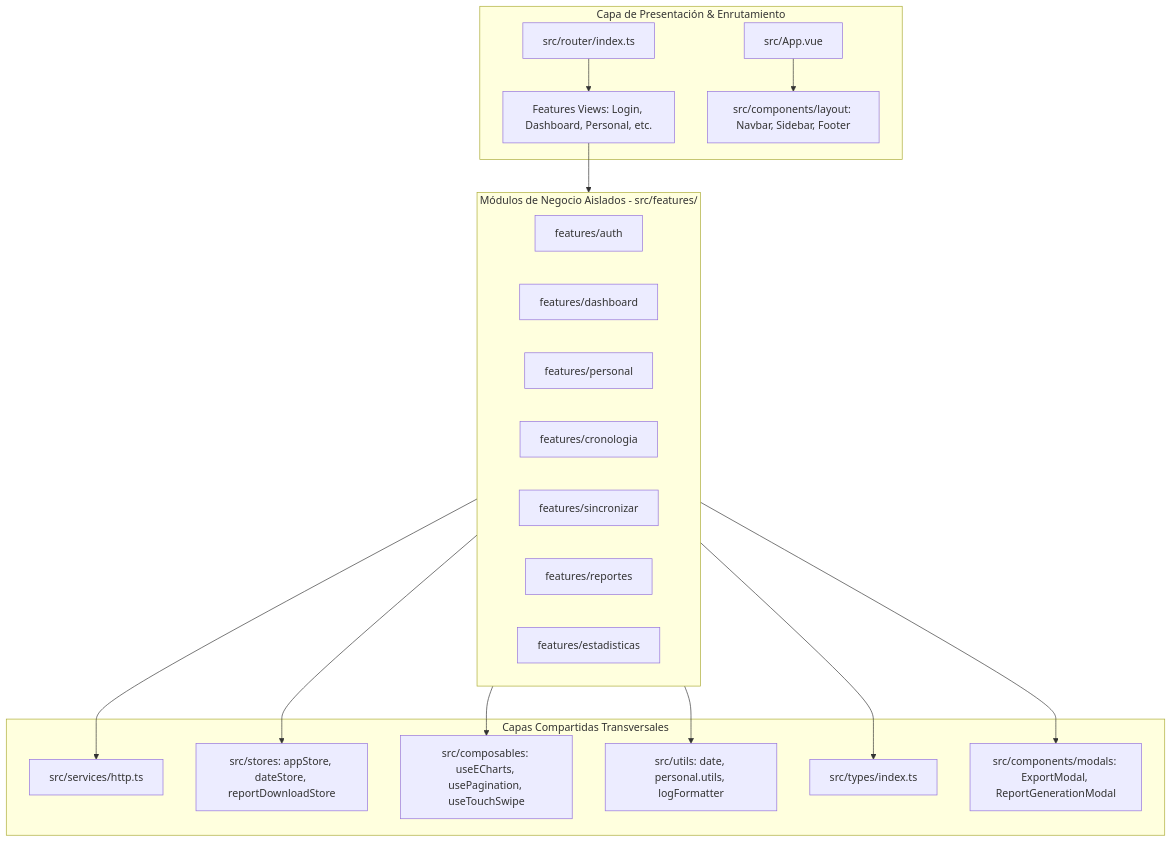
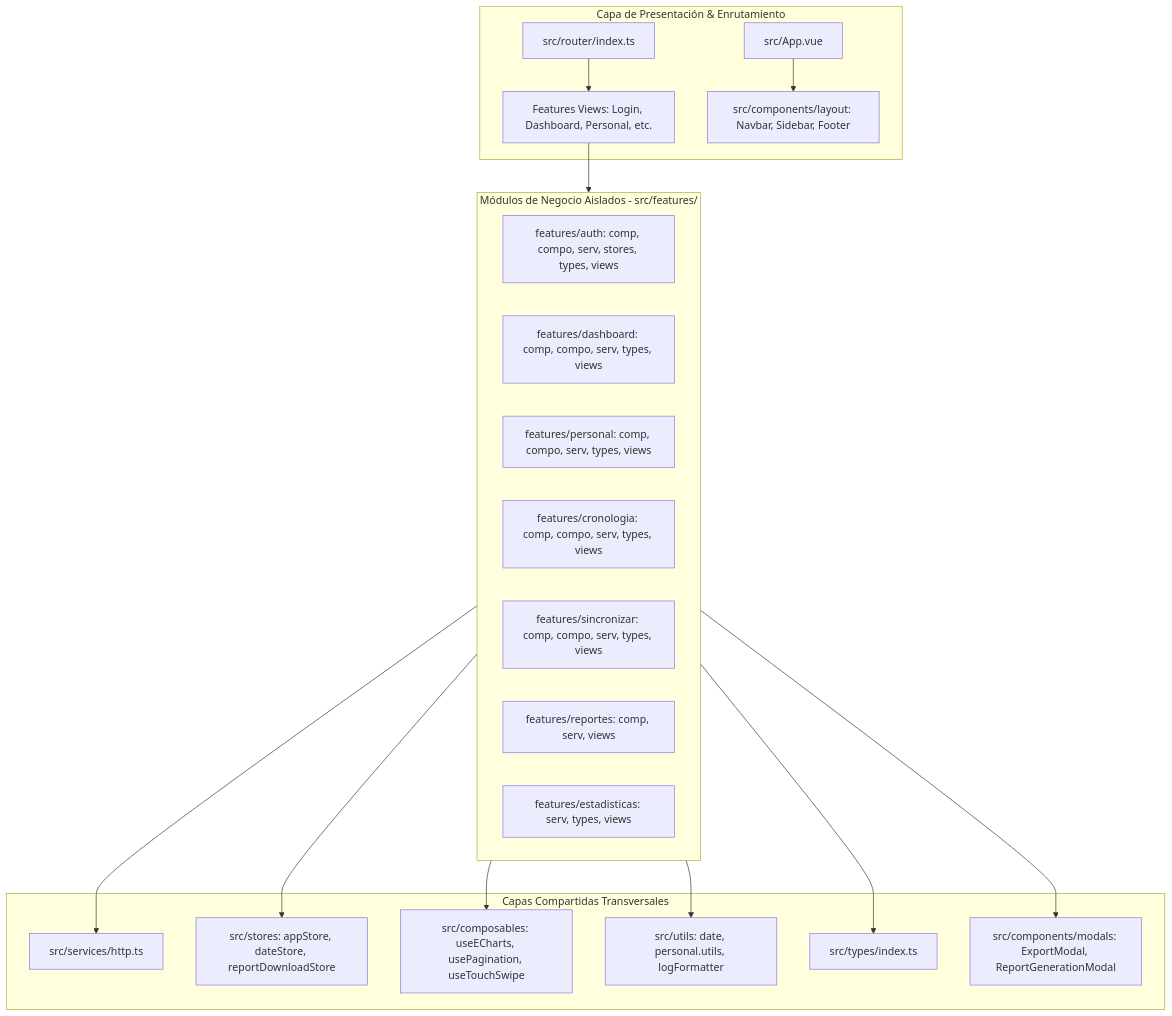
One commit to DanExl24/BIMEH changed the diagram in documentacion/frontend_architecture.md. Above: the diagram before and after it, drawn with Mermaid. The commit also changed other lines of this file and 7 other files, not shown here.

````diff
--- a/documentacion/frontend_architecture.md
+++ b/documentacion/frontend_architecture.md
@@ -13,34 +13,34 @@
 ```mermaid
 graph TD
     subgraph UI_Presentation [Capa de Presentación & Enrutamiento]
         R[src/router/index.ts] --> FViews[Features Views: Login, Dashboard, Personal, etc.]
         App[src/App.vue] --> Layout[src/components/layout: Navbar, Sidebar, Footer]
     end
 
     subgraph Feature_Modules [Módulos de Negocio Aislados - src/features/]
-        Auth[features/auth]
-        Dash[features/dashboard]
-        Pers[features/personal]
-        Crono[features/cronologia]
-        Sync[features/sincronizar]
-        Rep[features/reportes]
-        Stats[features/estadisticas]
+        Auth[features/auth: comp, compo, serv, stores, types, views]
+        Dash[features/dashboard: comp, compo, serv, types, views]
+        Pers[features/personal: comp, compo, serv, types, views]
+        Crono[features/cronologia: comp, compo, serv, types, views]
+        Sync[features/sincronizar: comp, compo, serv, types, views]
+        Rep[features/reportes: comp, serv, views]
+        Stats[features/estadisticas: serv, types, views]
     end
 
     subgraph Shared_Kernel [Capas Compartidas Transversales]
         HTTP[src/services/http.ts]
         GStores[src/stores: appStore, dateStore, reportDownloadStore]
         Composables[src/composables: useECharts, usePagination, useTouchSwipe]
         Utils[src/utils: date, personal.utils, logFormatter]
         Types[src/types/index.ts]
         Modals[src/components/modals: ExportModal, ReportGenerationModal]
     end
 
     FViews --> Feature_Modules
     Feature_Modules --> HTTP
     Feature_Modules --> GStores
     Feature_Modules --> Composables
     Feature_Modules --> Utils
     Feature_Modules --> Types
     Feature_Modules --> Modals
 ```
````
